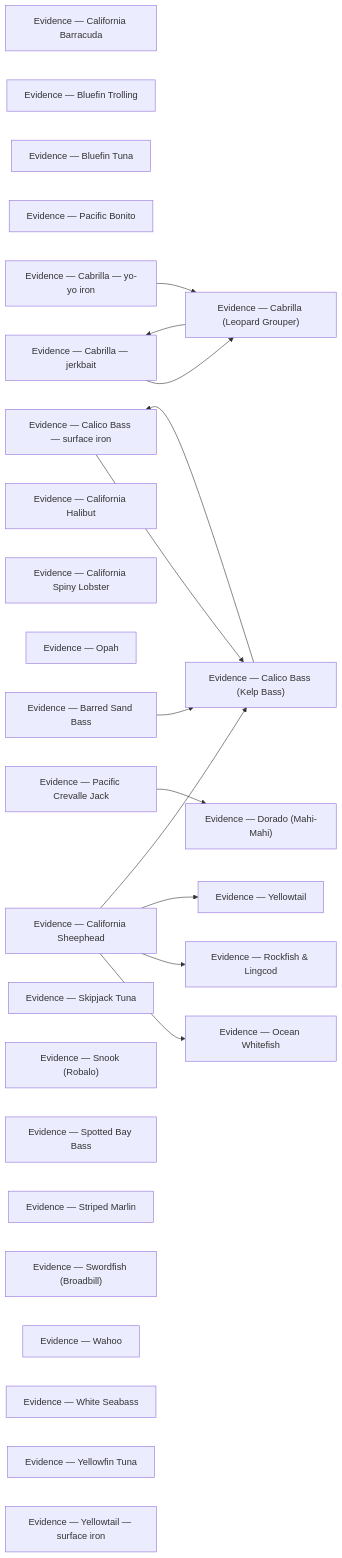
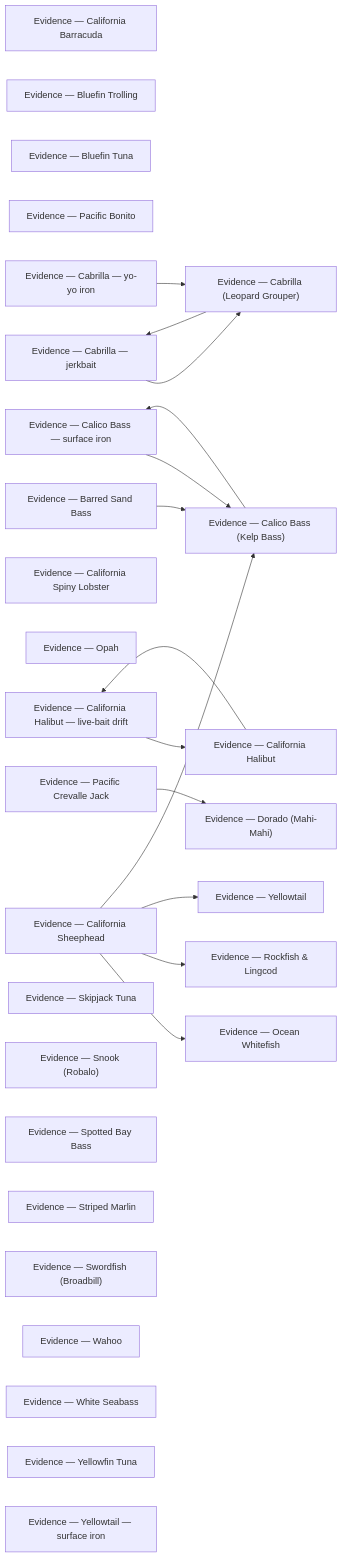
The diagram in species/evidence/README.md (camchuckpete-max/Socal-Fishing-Knowledge), drawn with Mermaid before and after one commit. The commit also changed other lines of this file and 10 other files, not shown here.

Commit message:
review: relocate species/california-halibut.md → species/california-halibut-live-bait-drift.md

````diff
--- a/species/evidence/README.md
+++ b/species/evidence/README.md
@@ -41,42 +42,45 @@
 ```mermaid
 graph LR
   n0["Evidence — California Barracuda"]
   n1["Evidence — Bluefin Trolling"]
   n2["Evidence — Bluefin Tuna"]
   n3["Evidence — Pacific Bonito"]
   n4["Evidence — Cabrilla — jerkbait"]
   n5["Evidence — Cabrilla — yo-yo iron"]
   n6["Evidence — Cabrilla (Leopard Grouper)"]
   n7["Evidence — Calico Bass — surface iron"]
   n8["Evidence — Calico Bass (Kelp Bass)"]
-  n9["Evidence — California Halibut"]
-  n10["Evidence — California Spiny Lobster"]
-  n11["Evidence — Dorado (Mahi-Mahi)"]
-  n12["Evidence — Ocean Whitefish"]
-  n13["Evidence — Opah"]
-  n14["Evidence — Pacific Crevalle Jack"]
-  n15["Evidence — Rockfish & Lingcod"]
-  n16["Evidence — Barred Sand Bass"]
-  n17["Evidence — California Sheephead"]
-  n18["Evidence — Skipjack Tuna"]
-  n19["Evidence — Snook (Robalo)"]
-  n20["Evidence — Spotted Bay Bass"]
-  n21["Evidence — Striped Marlin"]
-  n22["Evidence — Swordfish (Broadbill)"]
-  n23["Evidence — Wahoo"]
-  n24["Evidence — White Seabass"]
-  n25["Evidence — Yellowfin Tuna"]
-  n26["Evidence — Yellowtail — surface iron"]
-  n27["Evidence — Yellowtail"]
-  n14 --> n11
-  n16 --> n8
-  n17 --> n12
-  n17 --> n15
-  n17 --> n27
+  n9["Evidence — California Halibut — live-bait drift"]
+  n10["Evidence — California Halibut"]
+  n11["Evidence — California Spiny Lobster"]
+  n12["Evidence — Dorado (Mahi-Mahi)"]
+  n13["Evidence — Ocean Whitefish"]
+  n14["Evidence — Opah"]
+  n15["Evidence — Pacific Crevalle Jack"]
+  n16["Evidence — Rockfish & Lingcod"]
+  n17["Evidence — Barred Sand Bass"]
+  n18["Evidence — California Sheephead"]
+  n19["Evidence — Skipjack Tuna"]
+  n20["Evidence — Snook (Robalo)"]
+  n21["Evidence — Spotted Bay Bass"]
+  n22["Evidence — Striped Marlin"]
+  n23["Evidence — Swordfish (Broadbill)"]
+  n24["Evidence — Wahoo"]
+  n25["Evidence — White Seabass"]
+  n26["Evidence — Yellowfin Tuna"]
+  n27["Evidence — Yellowtail — surface iron"]
+  n28["Evidence — Yellowtail"]
+  n10 --> n9
+  n15 --> n12
   n17 --> n8
+  n18 --> n13
+  n18 --> n16
+  n18 --> n28
+  n18 --> n8
   n4 --> n6
   n5 --> n6
   n6 --> n4
   n7 --> n8
   n8 --> n7
+  n9 --> n10
 ```
````
